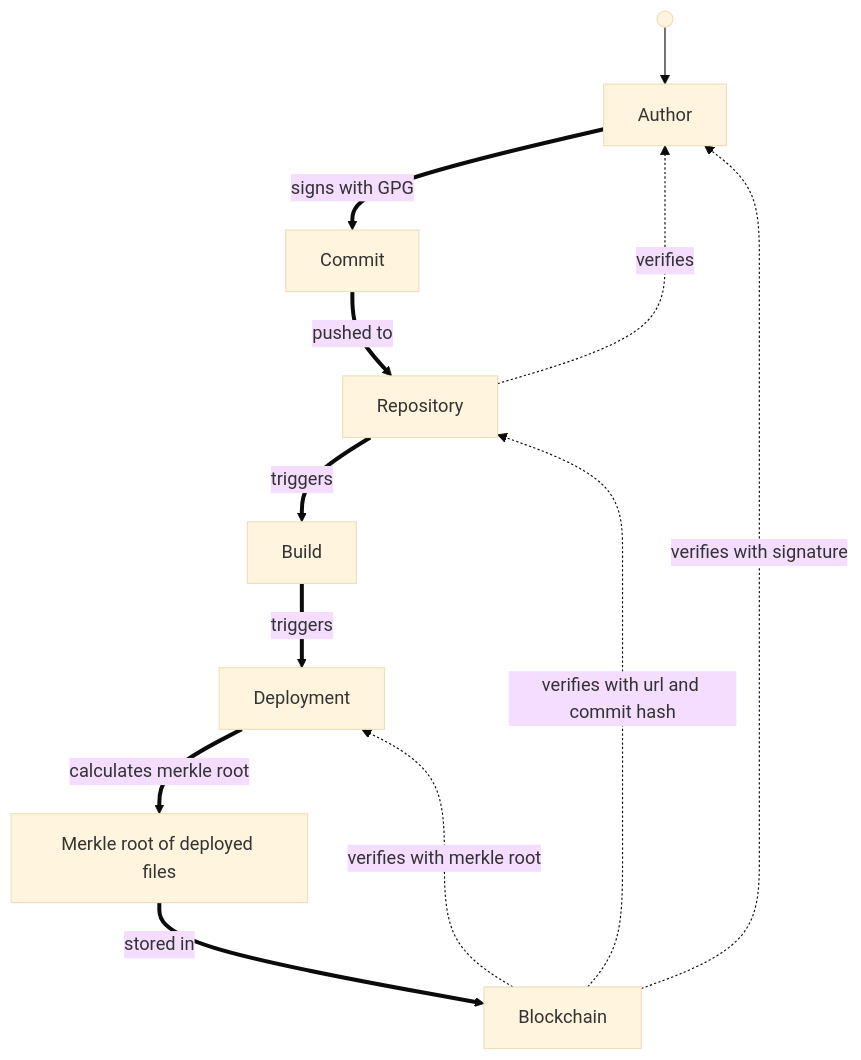
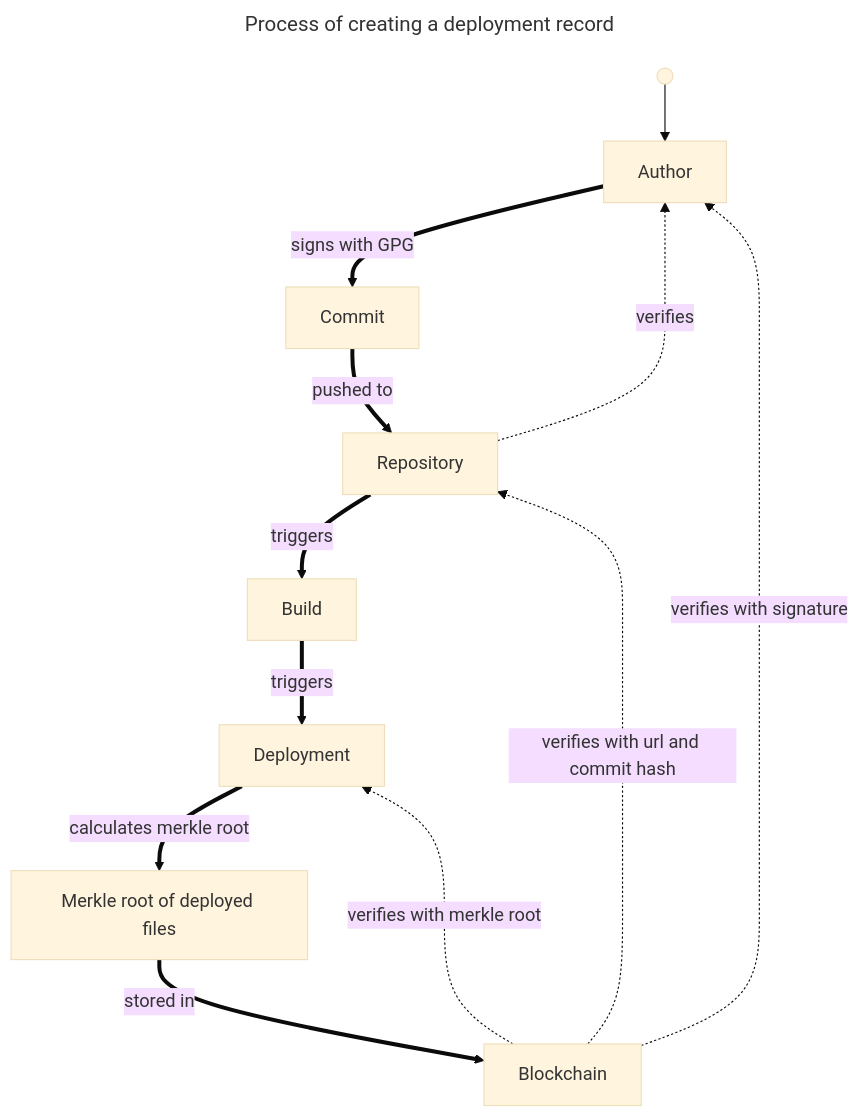
The second of 7 diagrams in docs/specs/#1.md (iBrotNano/blockchain_workshop_project), drawn with Mermaid (base theme) before and after one commit. The commit also changed other lines of this file and 4 other files, not shown here.

````diff
--- a/docs/specs/#1.md
+++ b/docs/specs/#1.md
@@ -45,14 +45,17 @@
 ```mermaid
+---
+title: "Process of creating a deployment record"
+---
 flowchart TD
   Start@{ shape: sm-circ, label: "Small start" } --> Author["Author"]
   Author ==>| signs with GPG | Commit["Commit"]
   Commit ==>| pushed to | Repo["Repository"]
   Repo -.-> | verifies | Author
   Repo ==> | triggers | Build["Build"]
   Build ==> | triggers | Deployment["Deployment"]
   Deployment ==> | calculates merkle root | MerkleRoot["Merkle root of deployed files"]
   MerkleRoot ==> | stored in | Blockchain["Blockchain"]
   Blockchain -.-> | verifies with merkle root | Deployment
   Blockchain -.-> | verifies with url and commit hash | Repo
   Blockchain -.-> | verifies with signature | Author
 ```
````
